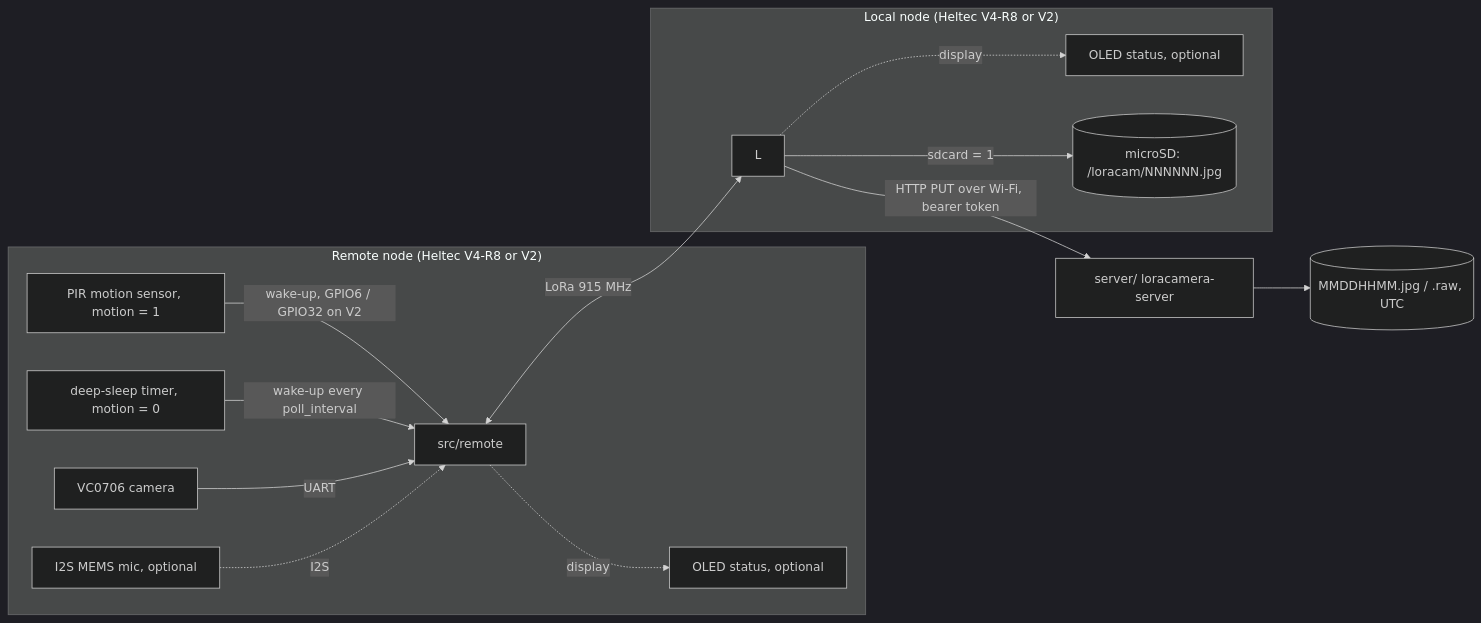
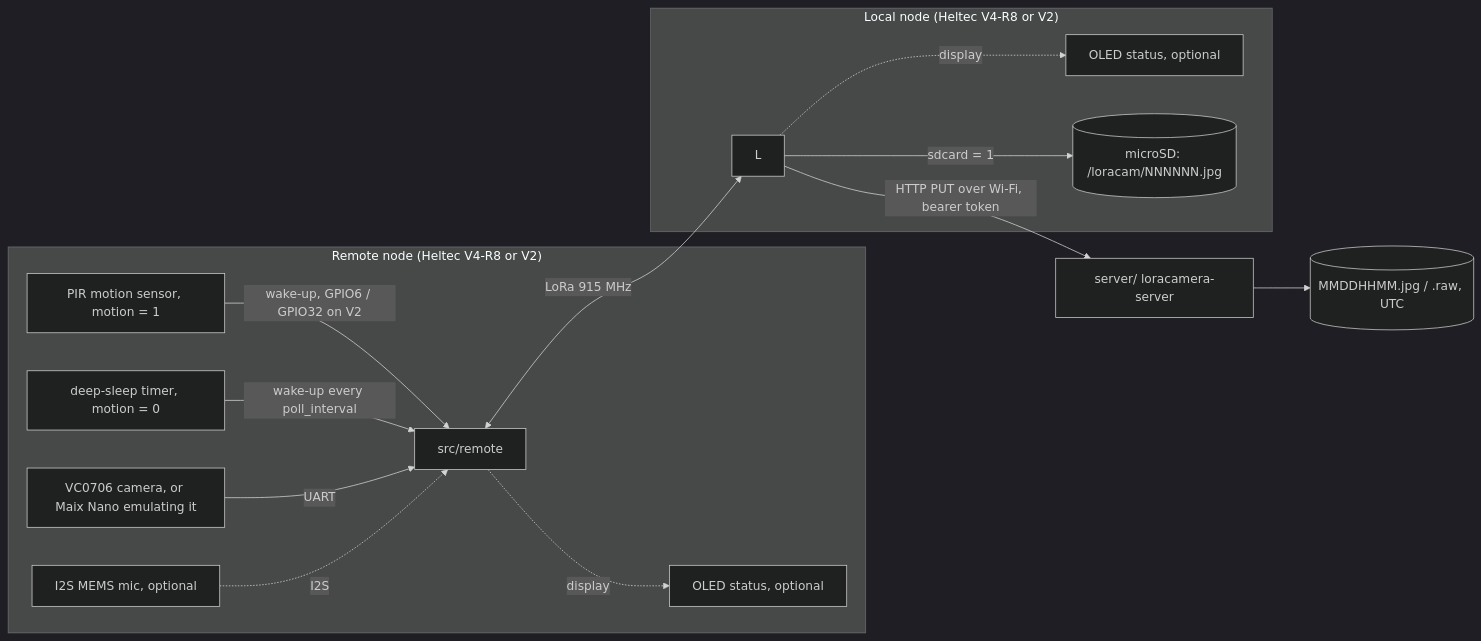
Before and after one commit to gfnord/loracamera: the diagram in docs/README.md, drawn with Mermaid (dark theme). The commit also changed other lines of this file and 13 other files, not shown here.

First line of the commit message:
Remote: Sipeed Maix Nano (K210) camera via VC0706 emulation

````diff
--- a/docs/README.md
+++ b/docs/README.md
@@ -5,17 +5,17 @@
 ```mermaid
 flowchart LR
     subgraph Field["Remote node (Heltec V4-R8 or V2)"]
         PIR[PIR motion sensor, motion = 1] -->|wake-up, GPIO6 / GPIO32 on V2| R
         TMR[deep-sleep timer, motion = 0] -->|wake-up every poll_interval| R
-        CAM[VC0706 camera] -->|UART| R[src/remote]
+        CAM[VC0706 camera, or Maix Nano emulating it] -->|UART| R[src/remote]
         MIC[I2S MEMS mic, optional] -.->|I2S| R
         R -.->|display| ROLED[OLED status, optional]
     end
     subgraph Base["Local node (Heltec V4-R8 or V2)"]
         L -.->|display| OLED[OLED status, optional]
         L -->|sdcard = 1| SD[(microSD: /loracam/NNNNNN.jpg)]
     end
     R <-->|LoRa 915 MHz| L
     L -->|HTTP PUT over Wi-Fi, bearer token| S[server/ loracamera-server]
     S --> F[(MMDDHHMM.jpg / .raw, UTC)]
 ```
````
